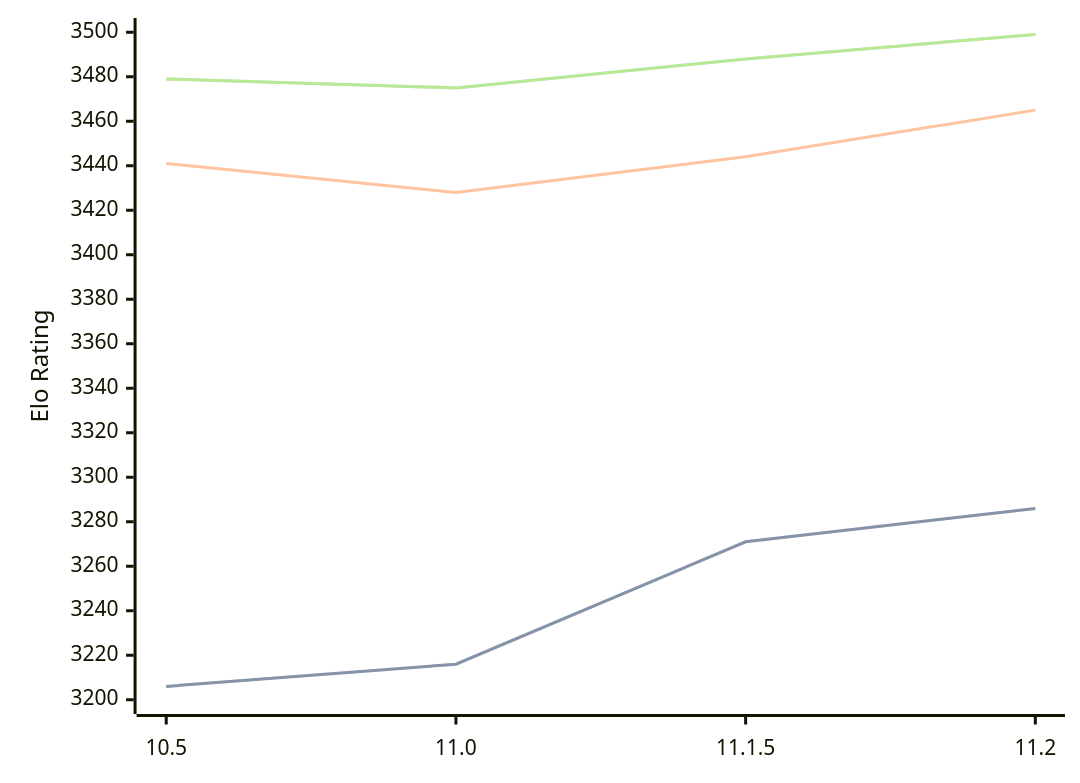
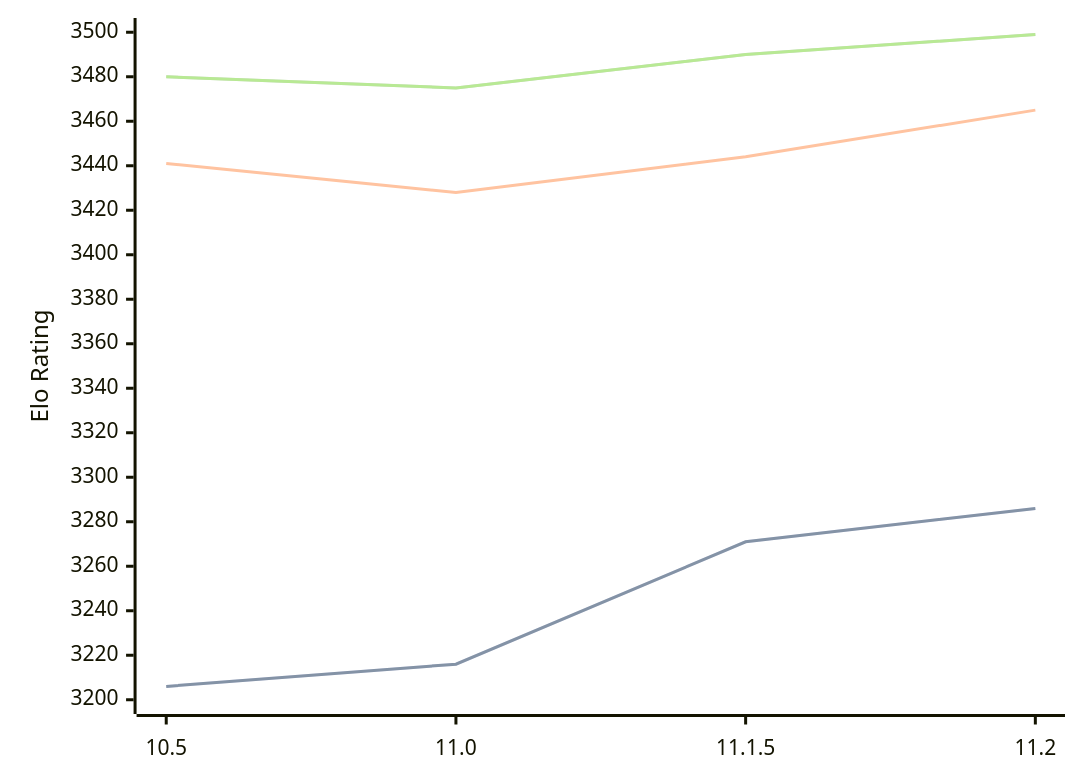
One commit to computer-chess-index/cci changed the first of 3 diagrams in engines/Lizard.md. Above: the diagram before and after it, drawn with Mermaid. The commit also changed other lines of this file, not shown here.

Commit message:
Update CCI Ratings (ELO VLTC) - 2026-06-15

````diff
--- a/engines/Lizard.md
+++ b/engines/Lizard.md
@@ -46,11 +46,11 @@
 ```mermaid
 %%{init: {"theme":"base","themeVariables":{"seriesColors:['#a3a3a3','#222221','#faa371']}}}%%
 xychart-beta
   x-axis ["10.5", "11.0", "11.1.5", "11.2"]
   y-axis "Elo Rating" 3200 --> 3500
   line "STC (8.0+0.08s)" [3206, 3216, 3271, 3286]
   line "STC (8.0+0.08s)" [3206, 3216, 3271, 3286]
   line "LTC (60.0+0.60s)" [3441, 3428, 3444, 3465]
-  line "VLTC (2m24s+1.12s)" [3479, 3475, 3488, 3499]
-  line "VLTC (2m24s+1.12s)" [3479, 3475, 3488, 3499]
+  line "VLTC (2m24s+1.12s)" [3480, 3475, 3490, 3499]
+  line "VLTC (2m24s+1.12s)" [3480, 3475, 3490, 3499]
 ```
````
